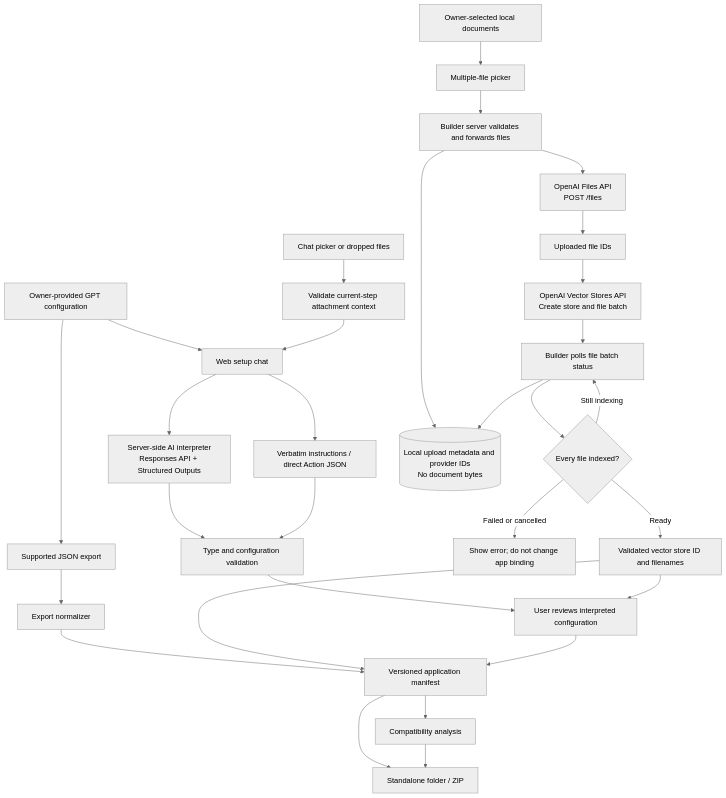
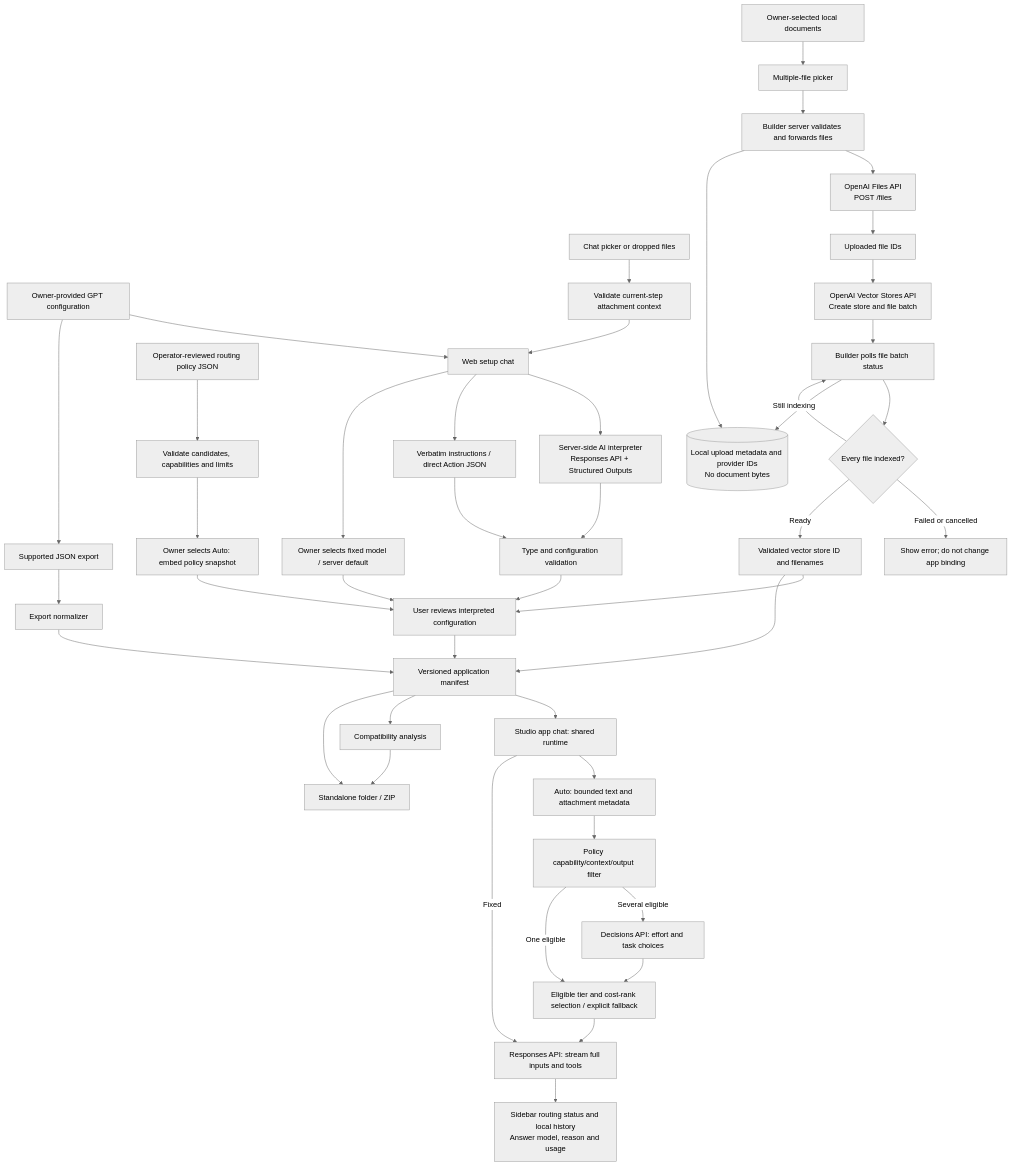
One commit to skarlekar/ai-app-studio changed the first of 2 diagrams in README.md. Above: the diagram before and after it, drawn with Mermaid (neutral theme). The commit also changed other lines of this file and 30 other files, not shown here.

Commit message:
feat: add cost-first model routing and sidebar status

````diff
--- a/README.md
+++ b/README.md
@@ -429,32 +502,46 @@
 ```mermaid
 flowchart TD
     Owner[Owner-provided GPT configuration] --> Chat[Web setup chat]
     Owner --> Export[Supported JSON export]
     Context[Chat picker or dropped files] --> ChatFiles[Validate current-step attachment context]
     ChatFiles --> Chat
     Chat --> Interpreter[Server-side AI interpreter<br/>Responses API + Structured Outputs]
     Interpreter --> Validation[Type and configuration validation]
     Chat --> Verbatim[Verbatim instructions / direct Action JSON]
     Verbatim --> Validation
     Export --> Importer[Export normalizer]
     Importer --> Spec[Versioned application manifest]
     Validation --> Review[User reviews interpreted configuration]
+    Policy[Operator-reviewed routing policy JSON] --> PolicyCheck[Validate candidates, capabilities and limits]
+    PolicyCheck --> Auto[Owner selects Auto: embed policy snapshot]
+    Auto --> Review
+    Chat --> Fixed[Owner selects fixed model / server default]
+    Fixed --> Review
     Documents[Owner-selected local documents] --> Picker[Multiple-file picker]
     Picker --> Uploader[Builder server validates and forwards files]
     Uploader --> FilesAPI[OpenAI Files API<br/>POST /files]
     FilesAPI --> FileIDs[Uploaded file IDs]
     FileIDs --> Indexer[OpenAI Vector Stores API<br/>Create store and file batch]
     Indexer --> Poll[Builder polls file batch status]
     Poll --> Ready{Every file indexed?}
     Ready -->|Still indexing| Poll
     Ready -->|Failed or cancelled| Failure[Show error; do not change app binding]
     Ready -->|Ready| Binding[Validated vector store ID and filenames]
     Binding --> Review
     Binding --> Spec
     Uploader --> Metadata[(Local upload metadata and provider IDs<br/>No document bytes)]
     Poll --> Metadata
     Review --> Spec
+    Spec --> Studio[Studio app chat: shared runtime]
+    Studio --> Evidence[Auto: bounded text and attachment metadata]
+    Evidence --> Filter[Policy capability/context/output filter]
+    Filter -->|Several eligible| Decisions[Decisions API: effort and task choices]
+    Filter -->|One eligible| Select
+    Decisions --> Select[Eligible tier and cost-rank selection / explicit fallback]
+    Studio -->|Fixed| Answer[Responses API: stream full inputs and tools]
+    Select --> Answer
+    Answer --> Status[Sidebar routing status and local history<br/>Answer model, reason and usage]
     Spec --> Report[Compatibility analysis]
     Spec --> Package[Standalone folder / ZIP]
     Report --> Package
 ```
````
